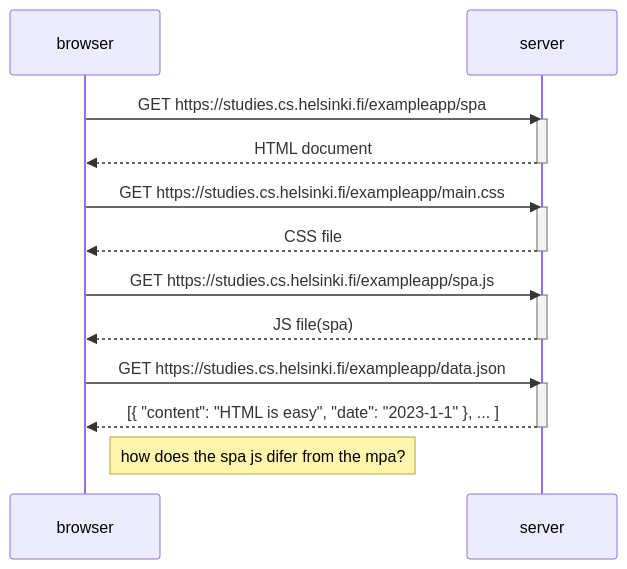
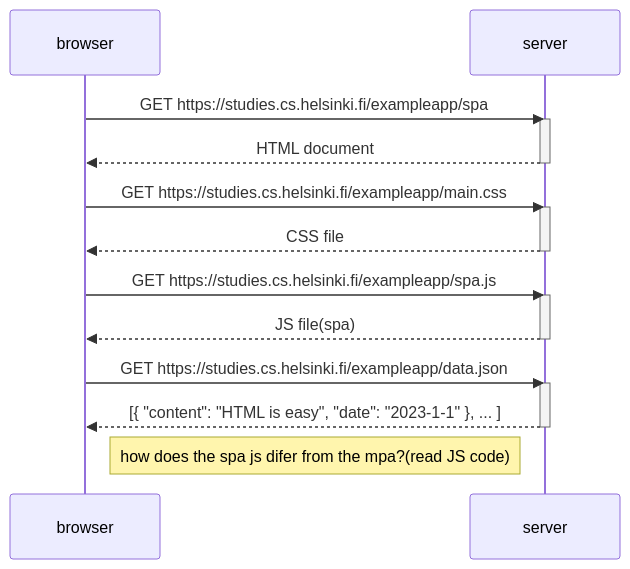
The diagram in 0.5 Single Page App diagram.md (karloag/FullStackOpen_part0), drawn with Mermaid before and after one commit. The commit also changed 1 other file, not shown here.

Commit message:
new note spa

````diff
--- a/0.5 Single Page App diagram.md
+++ b/0.5 Single Page App diagram.md
@@ -1,30 +1,30 @@
 ```mermaid 
 sequenceDiagram
 participant browser 
 participant server
 
 browser->>server: GET https://studies.cs.helsinki.fi/exampleapp/spa
 activate server 
 server-->>browser: HTML document 
 deactivate server 
 
 
 browser->>server: GET https://studies.cs.helsinki.fi/exampleapp/main.css
 activate server 
 server-->>browser: CSS file 
 deactivate server 
 
 browser->>server: GET https://studies.cs.helsinki.fi/exampleapp/spa.js
 activate server 
 server-->>browser:  JS file(spa) 
 deactivate server 
  
 
 browser->>server: GET https://studies.cs.helsinki.fi/exampleapp/data.json
 activate server 
 server-->>browser: [{ "content": "HTML is easy", "date": "2023-1-1" }, ... ] 
 deactivate server 
 
-note right of browser: how does the spa js difer from the mpa?
+note right of browser: how does the spa js difer from the mpa?(read JS code)
 
 ``` 
````
